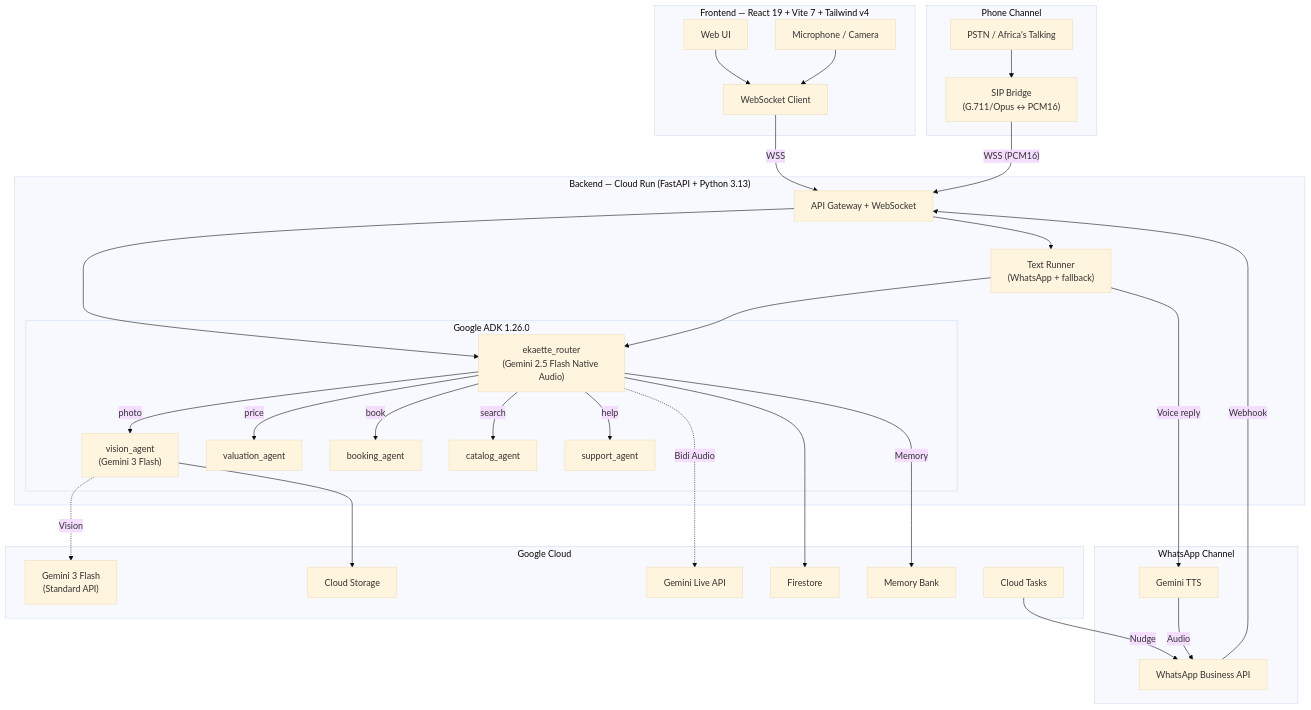
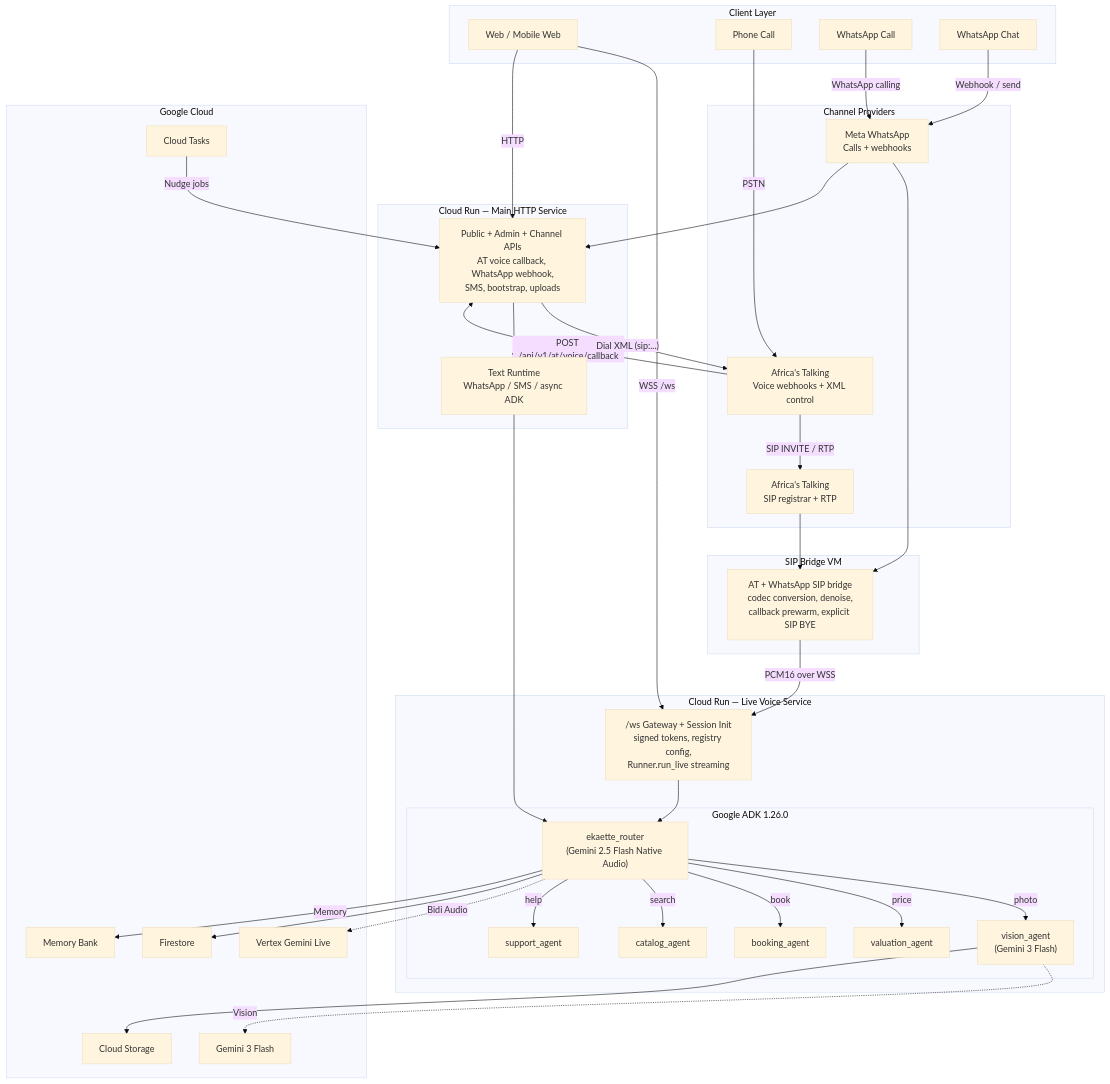
The diagram in README.md (ogabasseyy/ekaette), drawn with Mermaid (base theme) before and after one commit. The commit also changed other lines of this file and 12 other files, not shown here.

Commit message:
docs(architecture): align README and local docs with voice platform

````diff
--- a/README.md
+++ b/README.md
@@ -61,63 +56,73 @@
 ```mermaid
 graph TB
-    subgraph "Frontend — React 19 + Vite 7 + Tailwind v4"
-        UI["Web UI"]
-        WS["WebSocket Client"]
-        MIC["Microphone / Camera"]
+    subgraph "Client Layer"
+        WEB["Web / Mobile Web"]
+        PHONE["Phone Call"]
+        WA_CALL["WhatsApp Call"]
+        WA_MSG["WhatsApp Chat"]
     end
 
-    subgraph "WhatsApp Channel"
-        WA["WhatsApp Business API"]
-        TTS["Gemini TTS"]
+    subgraph "Channel Providers"
+        AT_HTTP["Africa's Talking<br/>Voice webhooks + XML control"]
+        AT_SIP["Africa's Talking<br/>SIP registrar + RTP"]
+        META["Meta WhatsApp<br/>Calls + webhooks"]
     end
 
-    subgraph "Phone Channel"
-        PHONE["PSTN / Africa's Talking"]
-        SIP_B["SIP Bridge<br/>(G.711/Opus ↔ PCM16)"]
+    subgraph "Cloud Run — Main HTTP Service"
+        CTRL["Public + Admin + Channel APIs<br/>AT voice callback, WhatsApp webhook,<br/>SMS, bootstrap, uploads"]
+        TEXT["Text Runtime<br/>WhatsApp / SMS / async ADK"]
     end
 
-    subgraph "Backend — Cloud Run (FastAPI + Python 3.13)"
-        GW["API Gateway + WebSocket"]
+    subgraph "Cloud Run — Live Voice Service"
+        WS["/ws Gateway + Session Init<br/>signed tokens, registry config,<br/>Runner.run_live streaming"]
         subgraph "Google ADK 1.26.0"
             ROOT["ekaette_router<br/>(Gemini 2.5 Flash Native Audio)"]
             VA["vision_agent<br/>(Gemini 3 Flash)"]
             VLA["valuation_agent"]
             BA["booking_agent"]
             CA["catalog_agent"]
             SA["support_agent"]
         end
-        TR["Text Runner<br/>(WhatsApp + fallback)"]
+    end
+
+    subgraph "SIP Bridge VM"
+        SIP_B["AT + WhatsApp SIP bridge<br/>codec conversion, denoise,<br/>callback prewarm, explicit SIP BYE"]
     end
 
     subgraph "Google Cloud"
-        LIVE["Gemini Live API"]
-        G3F["Gemini 3 Flash<br/>(Standard API)"]
+        LIVE["Vertex Gemini Live"]
+        G3F["Gemini 3 Flash"]
         FS["Firestore"]
         CS["Cloud Storage"]
         MB["Memory Bank"]
         CT["Cloud Tasks"]
     end
 
-    UI --> WS
-    MIC --> WS
-    WS -->|"WSS"| GW
-    WA -->|"Webhook"| GW
-    PHONE --> SIP_B
-    SIP_B -->|"WSS (PCM16)"| GW
-    GW --> ROOT
-    GW --> TR
-    TR --> ROOT
+    WEB -->|"WSS /ws"| WS
+    WEB -->|"HTTP"| CTRL
+    PHONE -->|"PSTN"| AT_HTTP
+    AT_HTTP -->|"POST /api/v1/at/voice/callback"| CTRL
+    CTRL -->|"Dial XML (sip:...)"| AT_HTTP
+    AT_HTTP -->|"SIP INVITE / RTP"| AT_SIP
+    AT_SIP --> SIP_B
+    WA_CALL -->|"WhatsApp calling"| META
+    META --> SIP_B
+    WA_MSG -->|"Webhook / send"| META
+    META --> CTRL
+
+    SIP_B -->|"PCM16 over WSS"| WS
+    CTRL --> TEXT
+    WS --> ROOT
+    TEXT --> ROOT
     ROOT -->|"photo"| VA
     ROOT -->|"price"| VLA
     ROOT -->|"book"| BA
     ROOT -->|"search"| CA
     ROOT -->|"help"| SA
     ROOT -.->|"Bidi Audio"| LIVE
     VA -.->|"Vision"| G3F
     ROOT --> FS
     VA --> CS
     ROOT -->|"Memory"| MB
-    TR -->|"Voice reply"| TTS
-    TTS -->|"Audio"| WA
-    CT -->|"Nudge"| WA
+    CT -->|"Nudge jobs"| CTRL
 ```
````
